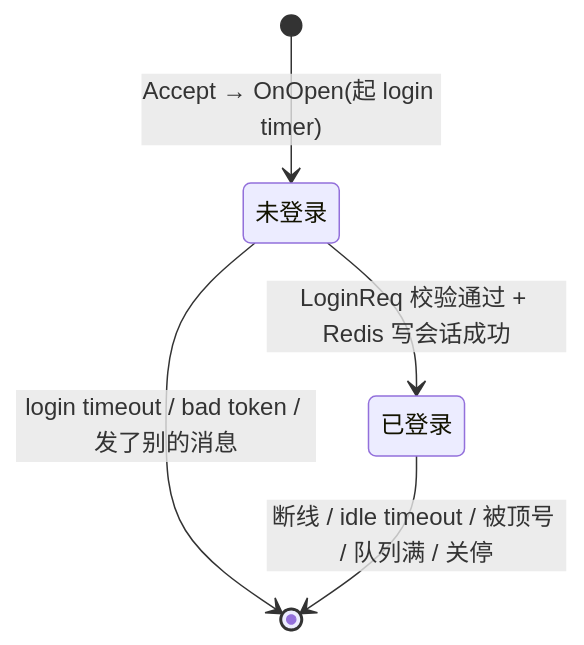
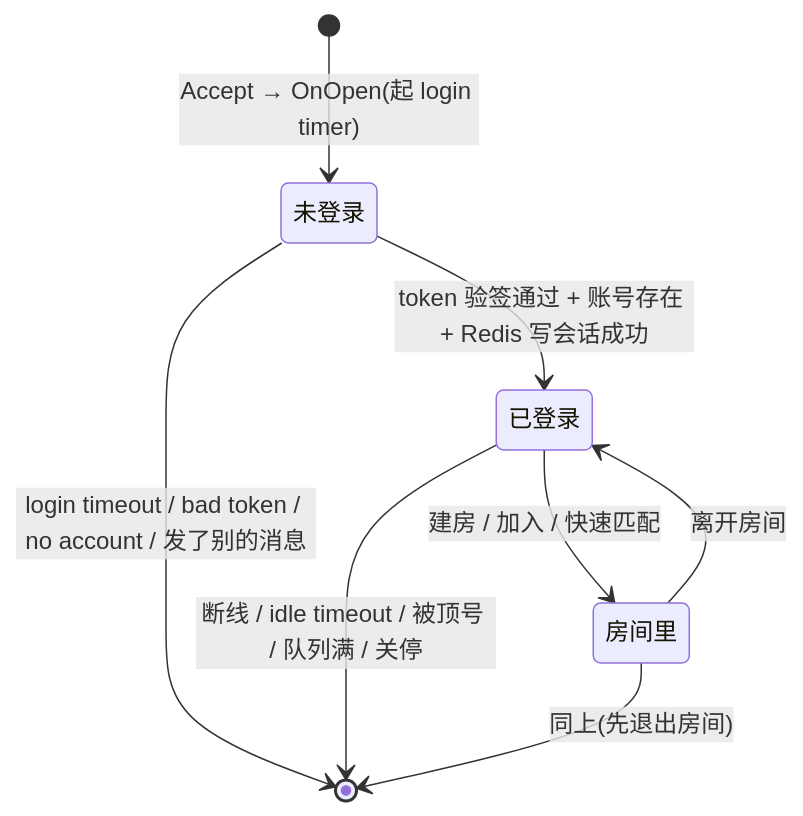
The second of 2 diagrams in docs/ARCHITECTURE.md (Anthonyz5527083/game-server), drawn with Mermaid before and after one commit. The commit also changed other lines of this file and 1 other file, not shown here.

First line of the commit message:
docs: README / ARCHITECTURE 定稿

````diff
--- a/docs/ARCHITECTURE.md
+++ b/docs/ARCHITECTURE.md
@@ -59,7 +66,10 @@
 ```mermaid
 stateDiagram-v2
   [*] --> 未登录: Accept → OnOpen(起 login timer)
-  未登录 --> 已登录: LoginReq 校验通过 + Redis 写会话成功
-  未登录 --> [*]: login timeout / bad token / 发了别的消息
+  未登录 --> 已登录: token 验签通过 + 账号存在 + Redis 写会话成功
+  未登录 --> [*]: login timeout / bad token / no account / 发了别的消息
+  已登录 --> 房间里: 建房 / 加入 / 快速匹配
+  房间里 --> 已登录: 离开房间
   已登录 --> [*]: 断线 / idle timeout / 被顶号 / 队列满 / 关停
+  房间里 --> [*]: 同上(先退出房间)
 ```
````
